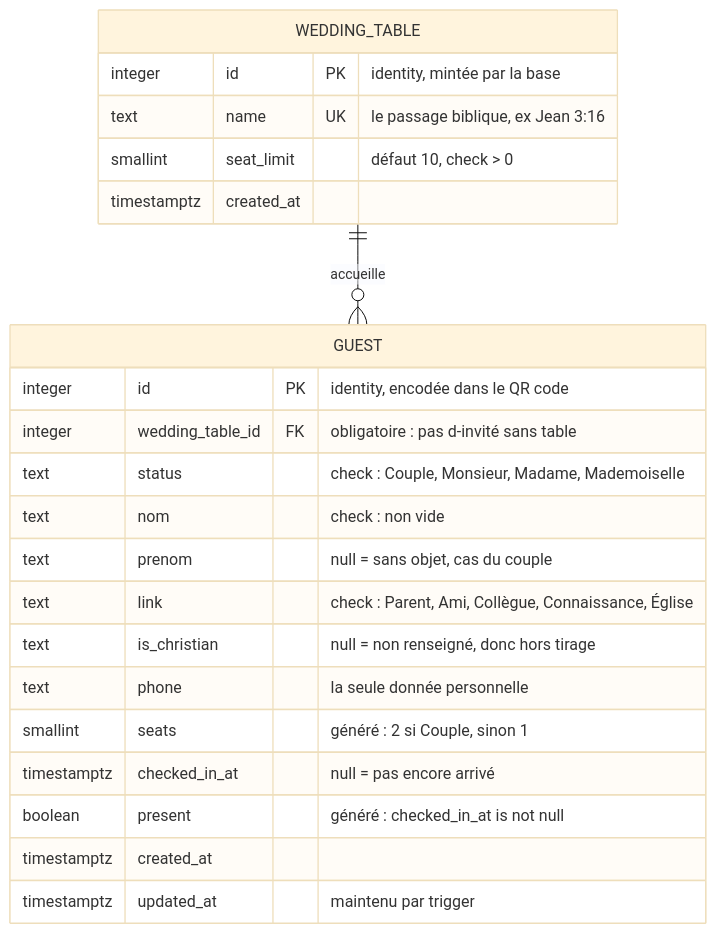
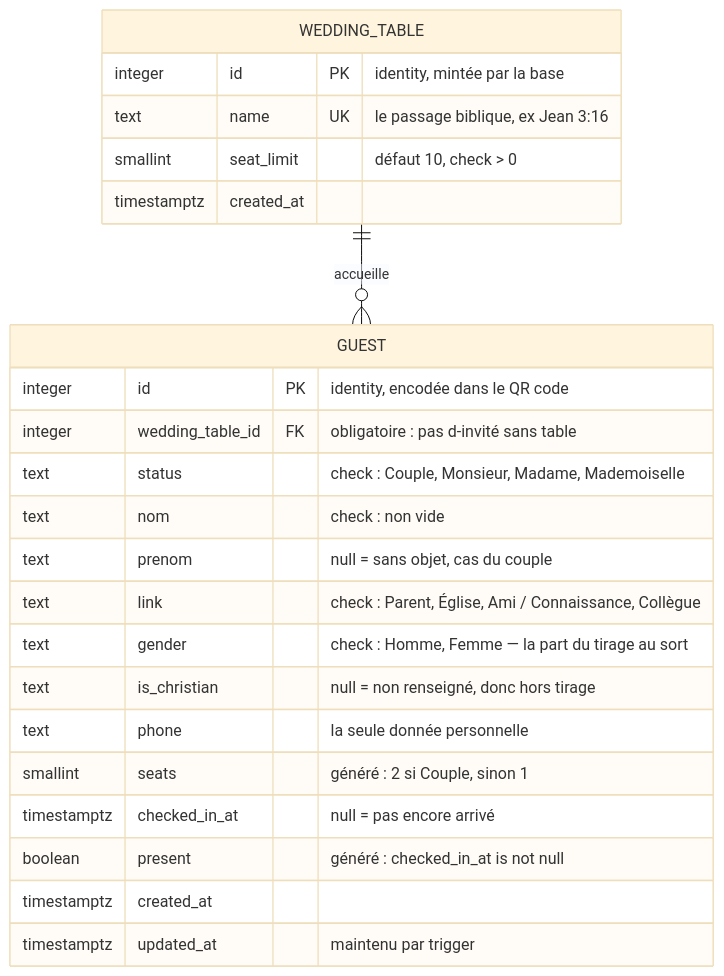
One commit to Grelionel/Invitation changed the diagram in supabase/data-model.md. Above: the diagram before and after it, drawn with Mermaid (base theme). The commit also changed 39 other files, not shown here.

````diff
--- a/supabase/data-model.md
+++ b/supabase/data-model.md
@@ -7,27 +7,28 @@
 ```mermaid
 erDiagram
     WEDDING_TABLE ||--o{ GUEST : "accueille"
 
     WEDDING_TABLE {
         integer id PK "identity, mintée par la base"
         text name UK "le passage biblique, ex Jean 3:16"
         smallint seat_limit "défaut 10, check > 0"
         timestamptz created_at
     }
 
     GUEST {
         integer id PK "identity, encodée dans le QR code"
         integer wedding_table_id FK "obligatoire : pas d-invité sans table"
         text status "check : Couple, Monsieur, Madame, Mademoiselle"
         text nom "check : non vide"
         text prenom "null = sans objet, cas du couple"
-        text link "check : Parent, Ami, Collègue, Connaissance, Église"
+        text link "check : Parent, Église, Ami / Connaissance, Collègue"
+        text gender "check : Homme, Femme — la part du tirage au sort"
         text is_christian "null = non renseigné, donc hors tirage"
         text phone "la seule donnée personnelle"
         smallint seats "généré : 2 si Couple, sinon 1"
         timestamptz checked_in_at "null = pas encore arrivé"
         boolean present "généré : checked_in_at is not null"
         timestamptz created_at
         timestamptz updated_at "maintenu par trigger"
     }
 ```
````
